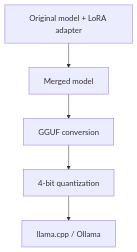
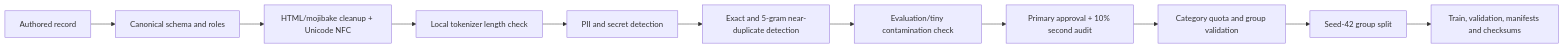
Diagram 13 of 13 in README.md (Kuvox-stud-cmc/Viemmo), drawn with Mermaid before and after one commit. The commit also changed other lines of this file, not shown here.

````diff
--- a/README.md
+++ b/README.md
@@ -662,7 +517,13 @@
 ```mermaid
-flowchart TD
-    A["Original model + LoRA adapter"] --> B["Merged model"]
-    B --> C["GGUF conversion"]
-    C --> D["4-bit quantization"]
-    D --> E["llama.cpp / Ollama"]
+flowchart LR
+    A["Authored record"] --> B["Canonical schema and roles"]
+    B --> C["HTML/mojibake cleanup + Unicode NFC"]
+    C --> D["Local tokenizer length check"]
+    D --> E["PII and secret detection"]
+    E --> F["Exact and 5-gram near-duplicate detection"]
+    F --> G["Evaluation/tiny contamination check"]
+    G --> H["Primary approval + 10% second audit"]
+    H --> I["Category quota and group validation"]
+    I --> J["Seed-42 group split"]
+    J --> K["Train, validation, manifests and checksums"]
 ```
````
